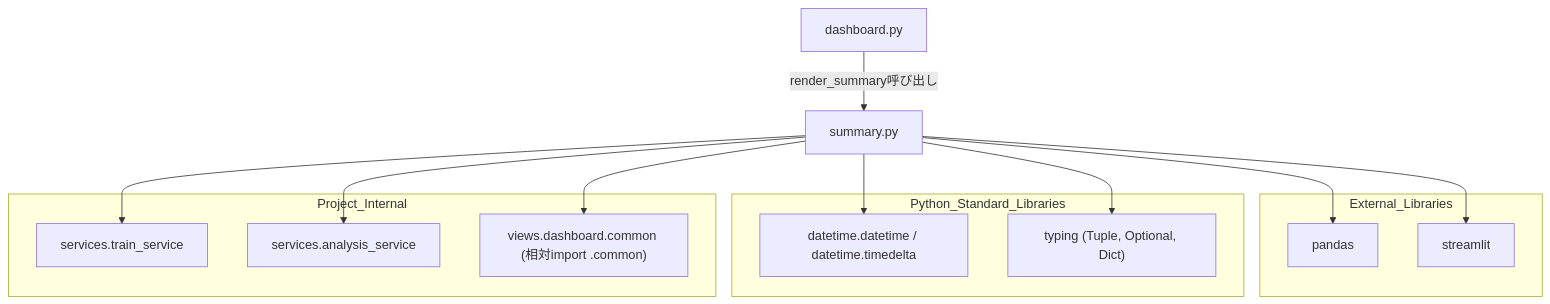
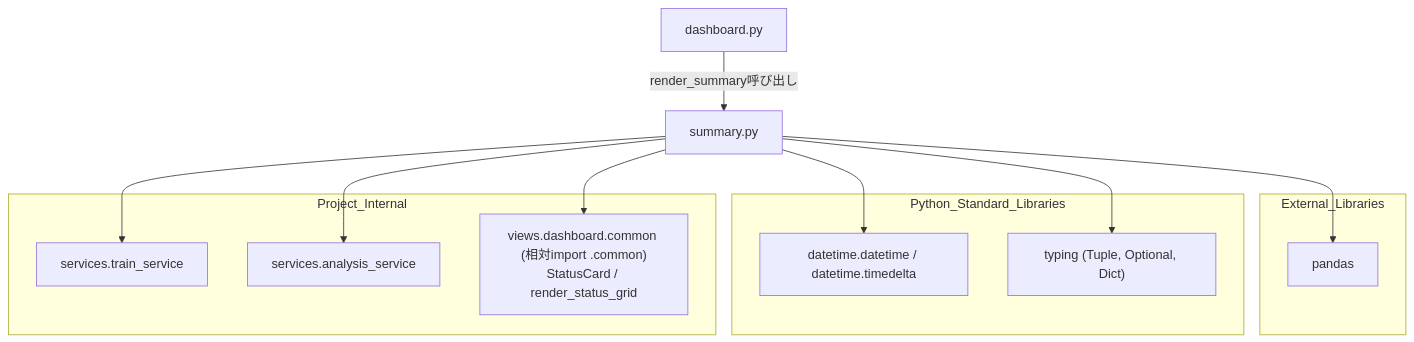
Before and after one commit to mmtigers/my_python_project: the second of 2 diagrams in docs/specifications/MY_HOME_SYSTEM/summary.md, drawn with Mermaid. The commit also changed other lines of this file and 32 other files, not shown here.

````diff
--- a/docs/specifications/MY_HOME_SYSTEM/summary.md
+++ b/docs/specifications/MY_HOME_SYSTEM/summary.md
@@ -299,30 +300,28 @@
 ```mermaid
 graph TD
     SummaryPy["summary.py"]
 
     subgraph External_Libraries
         Pandas["pandas"]
-        Streamlit["streamlit"]
     end
 
     subgraph Python_Standard_Libraries
         DatetimeTimedelta["datetime.datetime / datetime.timedelta"]
         Typing["typing (Tuple, Optional, Dict)"]
     end
 
     subgraph Project_Internal
         TrainService["services.train_service"]
         AnalysisService["services.analysis_service"]
-        DashboardCommon["views.dashboard.common (相対import .common)"]
+        DashboardCommon["views.dashboard.common (相対import .common)<br/>StatusCard / render_status_grid"]
     end
 
     SummaryPy --> Pandas
-    SummaryPy --> Streamlit
     SummaryPy --> DatetimeTimedelta
     SummaryPy --> Typing
     SummaryPy --> TrainService
     SummaryPy --> AnalysisService
     SummaryPy --> DashboardCommon
 
     Dashboard["dashboard.py"] -->|render_summary呼び出し| SummaryPy
 ```
````
